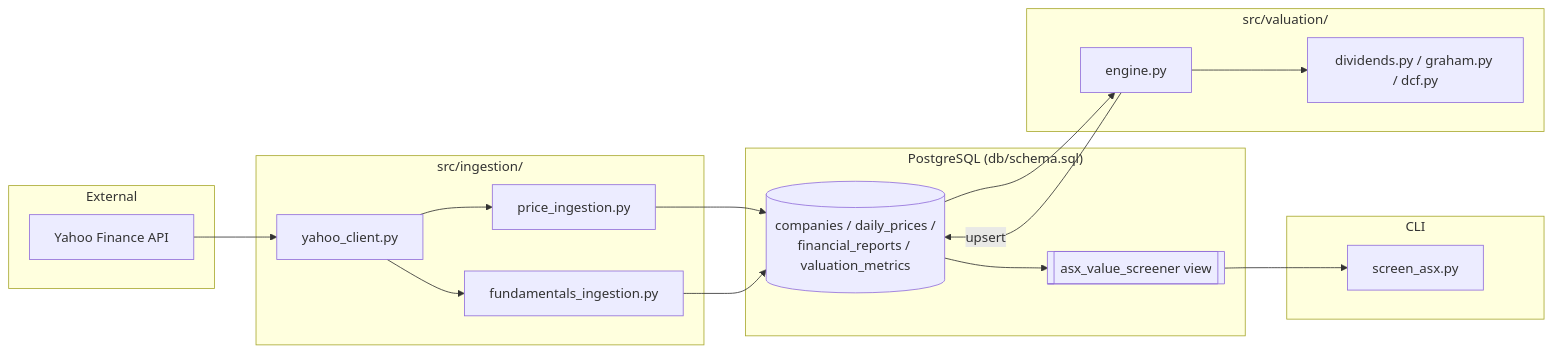
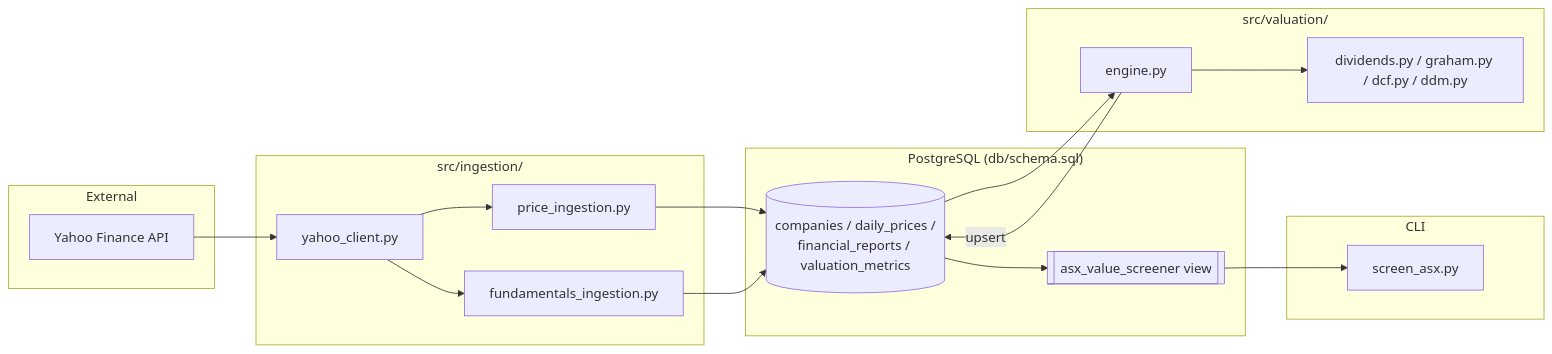
One commit to davidstangherlin/Portfolio changed the first of 2 diagrams in docs/AS_BUILT.md. Above: the diagram before and after it, drawn with Mermaid. The commit also changed other lines of this file and 7 other files, not shown here.

````diff
--- a/docs/AS_BUILT.md
+++ b/docs/AS_BUILT.md
@@ -22,29 +22,29 @@
 ```mermaid
 flowchart LR
     subgraph External
         YF[Yahoo Finance API]
     end
     subgraph Ingestion["src/ingestion/"]
         YC[yahoo_client.py]
         PI[price_ingestion.py]
         FI[fundamentals_ingestion.py]
     end
     subgraph Storage["PostgreSQL (db/schema.sql)"]
         DB[(companies / daily_prices /\nfinancial_reports / valuation_metrics)]
         VIEW[[asx_value_screener view]]
     end
     subgraph Valuation["src/valuation/"]
         ENG[engine.py]
-        CALC[dividends.py / graham.py / dcf.py]
+        CALC[dividends.py / graham.py / dcf.py / ddm.py]
     end
     subgraph CLI
         SCREEN[screen_asx.py]
     end
 
     YF --> YC --> PI --> DB
     YC --> FI --> DB
     DB --> ENG
     ENG --> CALC
     ENG -->|upsert| DB
     DB --> VIEW --> SCREEN
 ```
````
